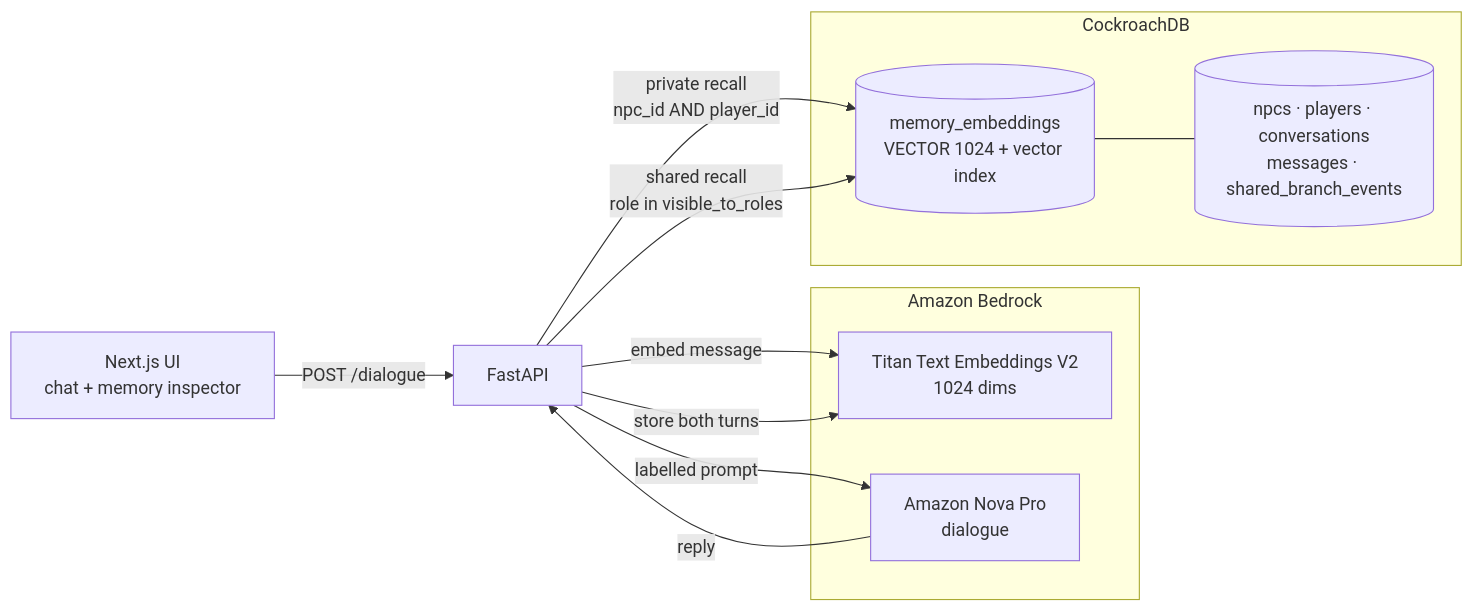
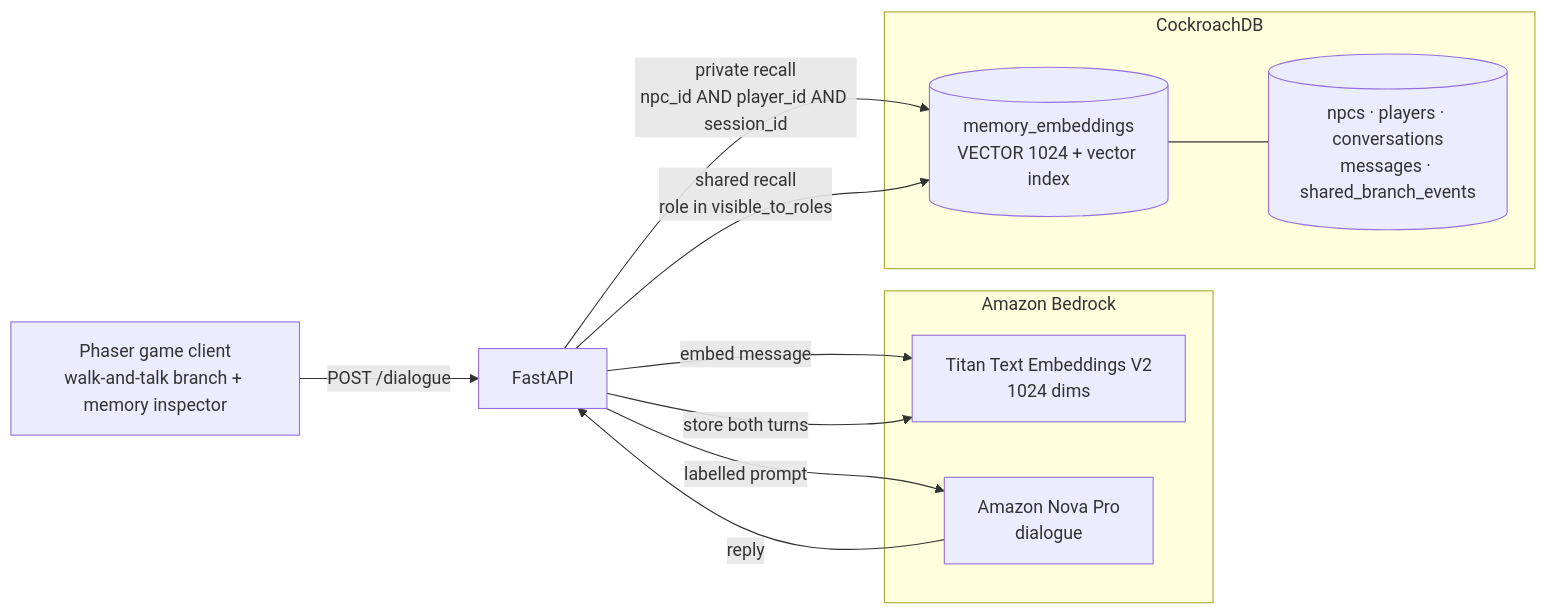
The diagram in README.md (rchhabra13/aws-cockroachdb), drawn with Mermaid before and after one commit. The commit also changed other lines of this file and 42 other files, not shown here.

````diff
--- a/README.md
+++ b/README.md
@@ -46,22 +64,22 @@
 ```mermaid
 flowchart LR
-    UI[Next.js UI<br/>chat + memory inspector] -->|POST /dialogue| API[FastAPI]
+    UI[Phaser game client<br/>walk-and-talk branch + memory inspector] -->|POST /dialogue| API[FastAPI]
 
     subgraph AWS[Amazon Bedrock]
         TITAN[Titan Text Embeddings V2<br/>1024 dims]
         NOVA[Amazon Nova Pro<br/>dialogue]
     end
 
     subgraph CRDB[CockroachDB]
         VEC[(memory_embeddings<br/>VECTOR 1024 + vector index)]
         REL[(npcs · players · conversations<br/>messages · shared_branch_events)]
     end
 
     API -->|embed message| TITAN
-    API -->|private recall<br/>npc_id AND player_id| VEC
+    API -->|private recall<br/>npc_id AND player_id AND session_id| VEC
     API -->|shared recall<br/>role in visible_to_roles| VEC
     VEC --- REL
     API -->|labelled prompt| NOVA
     NOVA -->|reply| API
     API -->|store both turns| TITAN
 ```
````
